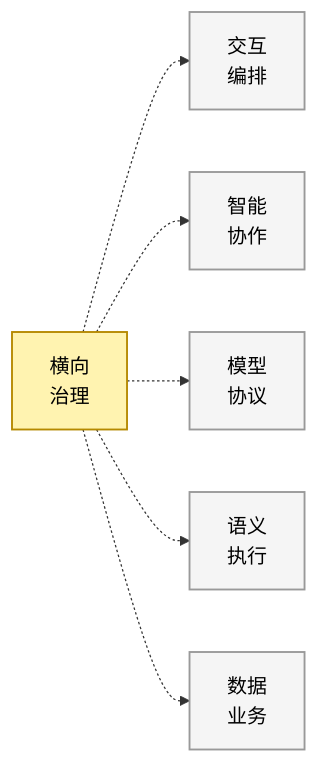
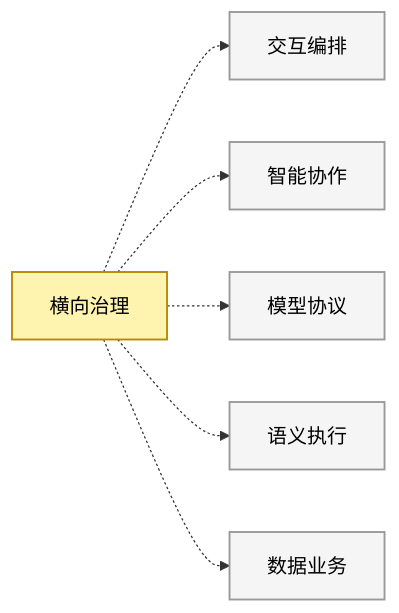
One commit to BillZong/BillZong.github.io changed the third of 11 diagrams in source/_posts/bi-evolution-6-ai-native-restructure.md. Above: the diagram before and after it, drawn with Mermaid. The commit also changed other lines of this file, not shown here.

First line of the commit message:
fix(BI-ch6): remove \n from mermaid labels

```diff
--- a/source/_posts/bi-evolution-6-ai-native-restructure.md
+++ b/source/_posts/bi-evolution-6-ai-native-restructure.md
@@ -139,19 +139,19 @@
 {% mermaid %}
 flowchart LR
     classDef entry fill:#fff3b0,stroke:#b58900,color:#000,stroke-width:1.5px
     classDef decision fill:#fce4ec,stroke:#c62828,color:#000,stroke-width:1.5px
     classDef exit fill:#e8f5e8,stroke:#2e7d32,color:#000,stroke-width:1.5px
     classDef normal fill:#f5f5f5,stroke:#999,color:#000,stroke-width:1.5px
 
-    H["横向\n治理"]:::entry
-    L1["交互\n编排"]:::normal
-    L2["智能\n协作"]:::normal
-    L3["模型\n协议"]:::normal
-    L4["语义\n执行"]:::normal
-    L5["数据\n业务"]:::normal
+    H["横向治理"]:::entry
+    L1["交互编排"]:::normal
+    L2["智能协作"]:::normal
+    L3["模型协议"]:::normal
+    L4["语义执行"]:::normal
+    L5["数据业务"]:::normal
     H -.-> L1
     H -.-> L2
     H -.-> L3
     H -.-> L4
     H -.-> L5
 {% endmermaid %}
```
